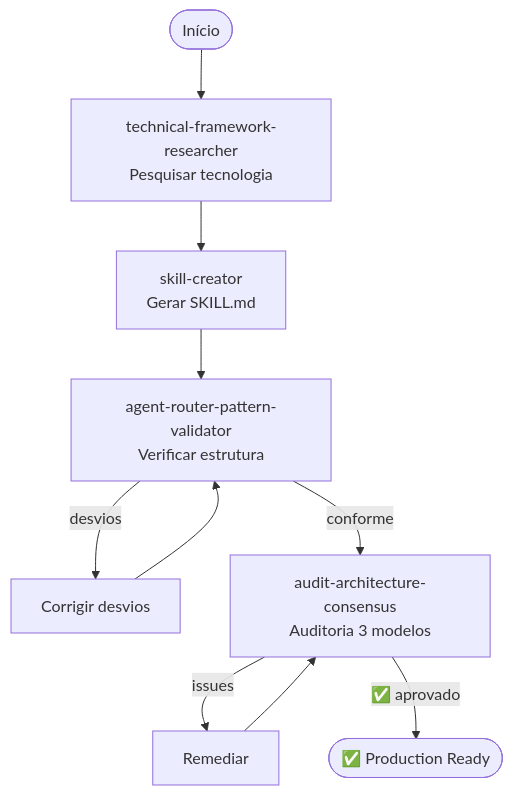
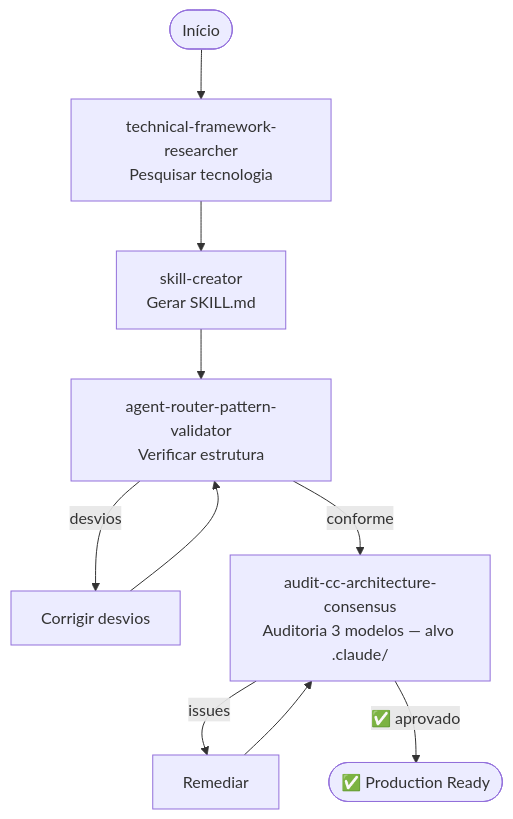
The diagram in docs/fluxos/fluxo-criacao-projeto.md (rodrigo-mendes/agents-factory), drawn with Mermaid before and after one commit. The commit also changed other lines of this file and 90 other files, not shown here.

````diff
--- a/docs/fluxos/fluxo-criacao-projeto.md
+++ b/docs/fluxos/fluxo-criacao-projeto.md
@@ -9,16 +9,16 @@
 ```mermaid
 flowchart TD
     START([Início]) --> RESEARCH[technical-framework-researcher<br/>Pesquisar tecnologia]
     RESEARCH --> SKILL[skill-creator<br/>Gerar SKILL.md]
     SKILL --> VALID[agent-router-pattern-validator<br/>Verificar estrutura]
     
     VALID -->|desvios| FIX[Corrigir desvios]
     FIX --> VALID
     
-    VALID -->|conforme| AUDIT[audit-architecture-consensus<br/>Auditoria 3 modelos]
+    VALID -->|conforme| AUDIT[audit-cc-architecture-consensus<br/>Auditoria 3 modelos — alvo .claude/]
     
     AUDIT -->|issues| FIX2[Remediar]
     FIX2 --> AUDIT
     
     AUDIT -->|✅ aprovado| PROD([✅ Production Ready])
 ```
````
